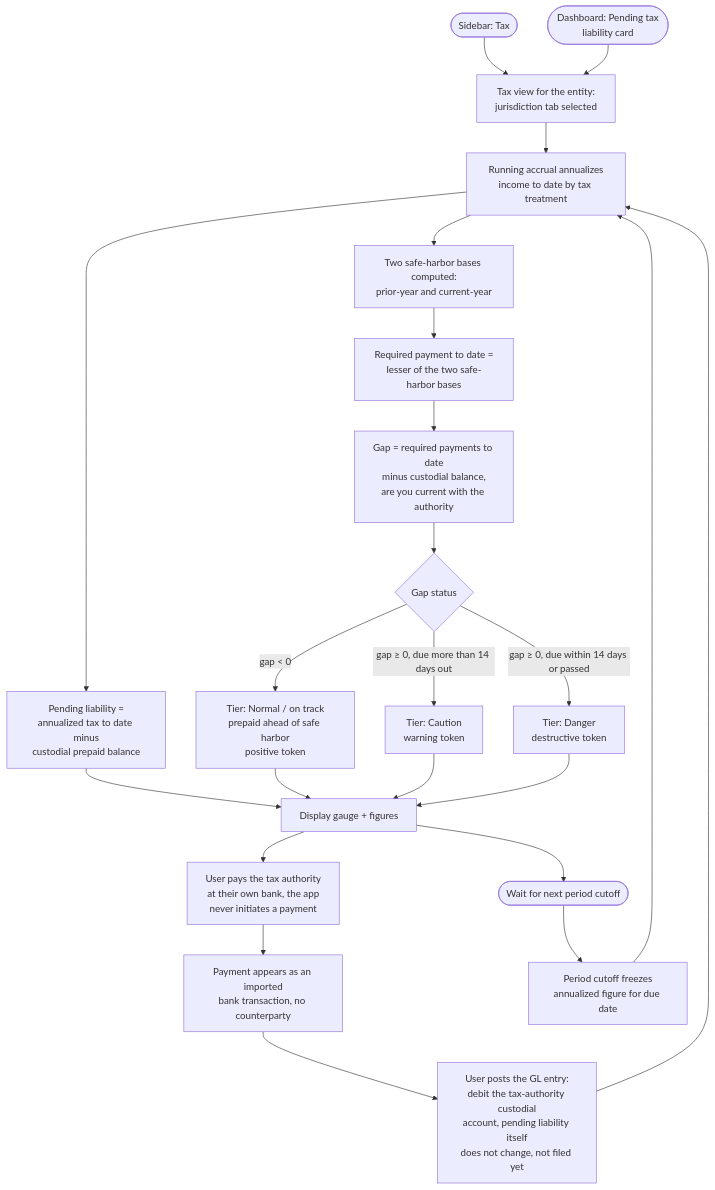
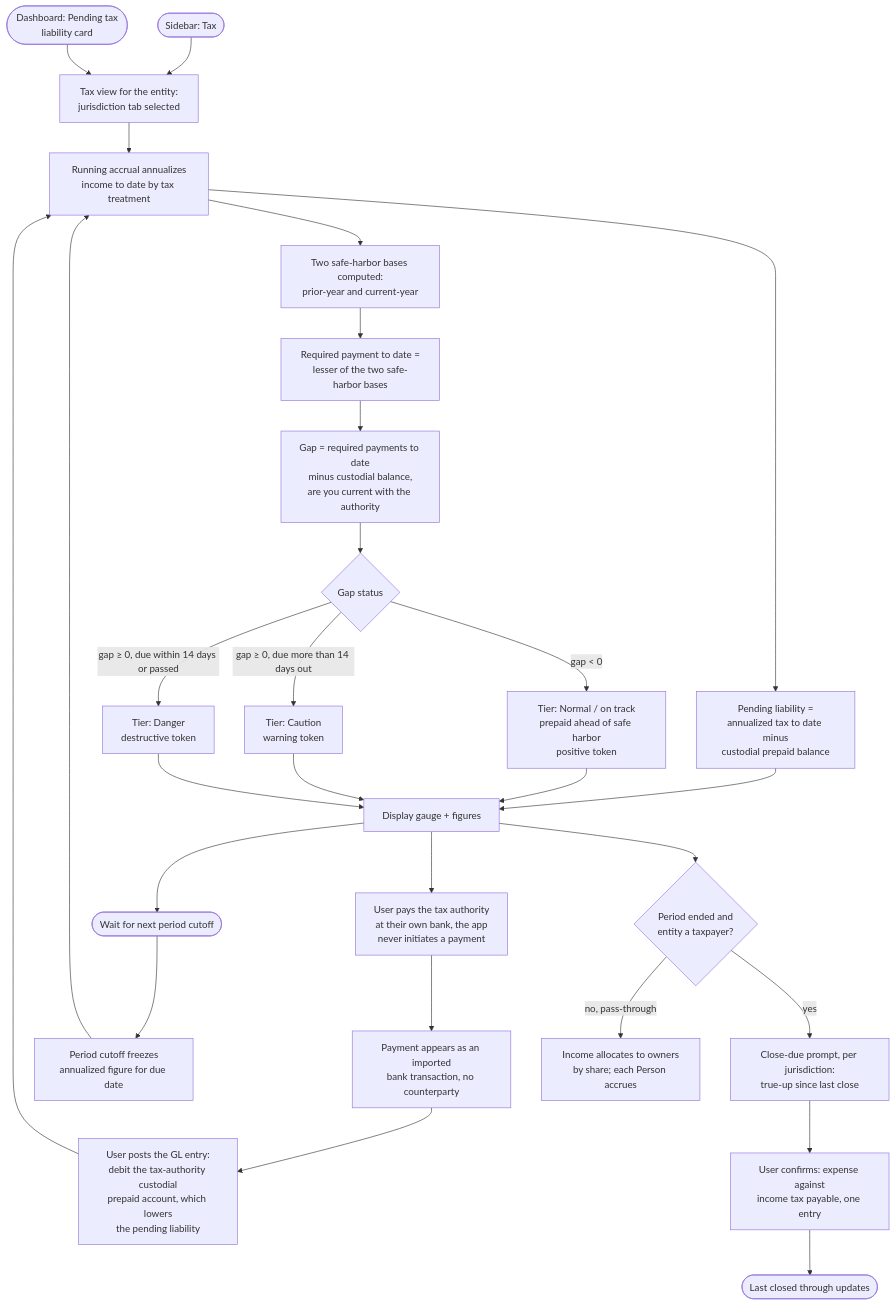
The diagram in docs/DESIGN/flows/tax-liability-flow.md (richmosko/polycarpic), drawn with Mermaid before and after one commit. The commit also changed other lines of this file and 20 other files, not shown here.

First line of the commit message:
docs(design): reporting-period close, allocated income and since-close line

````diff
--- a/docs/DESIGN/flows/tax-liability-flow.md
+++ b/docs/DESIGN/flows/tax-liability-flow.md
@@ -5,25 +5,30 @@
 ```mermaid
 flowchart TD
   nav([Sidebar: Tax]) --> view[Tax view for the entity:\njurisdiction tab selected]
   card([Dashboard: Pending tax\nliability card]) --> view
   view --> accrual[Running accrual annualizes\nincome to date by tax treatment]
   accrual --> pending[Pending liability =\nannualized tax to date minus\ncustodial prepaid balance]
   accrual --> safeharbor[Two safe-harbor bases computed:\nprior-year and current-year]
   safeharbor --> required[Required payment to date =\nlesser of the two safe-harbor bases]
   required --> gap[Gap = required payments to date\nminus custodial balance,\nare you current with the authority]
   pending --> display[Display gauge + figures]
   gap --> tier{Gap status}
   tier -- "gap < 0" --> onTrack[Tier: Normal / on track\nprepaid ahead of safe harbor\npositive token]
   tier -- "gap ≥ 0, due more than 14 days out" --> caution[Tier: Caution\nwarning token]
   tier -- "gap ≥ 0, due within 14 days or passed" --> danger[Tier: Danger\ndestructive token]
   onTrack --> display
   caution --> display
   danger --> display
   display --> extPay[User pays the tax authority\nat their own bank, the app\nnever initiates a payment]
   extPay --> imported[Payment appears as an imported\nbank transaction, no counterparty]
-  imported --> postEntry[User posts the GL entry:\ndebit the tax-authority custodial\naccount, pending liability itself\ndoes not change, not filed yet]
+  imported --> postEntry[User posts the GL entry:\ndebit the tax-authority custodial\nprepaid account, which lowers\nthe pending liability]
   postEntry --> accrual
   display --> waitNode([Wait for next period cutoff])
   waitNode --> freeze[Period cutoff freezes\nannualized figure for due date]
   freeze --> accrual
+  display --> closeDue{Period ended and\nentity a taxpayer?}
+  closeDue -- yes --> closePrompt[Close-due prompt, per jurisdiction:\ntrue-up since last close]
+  closePrompt --> closeConfirm[User confirms: expense against\nincome tax payable, one entry]
+  closeConfirm --> closed([Last closed through updates])
+  closeDue -- "no, pass-through" --> allocated[Income allocates to owners\nby share; each Person accrues]
 ```
````
